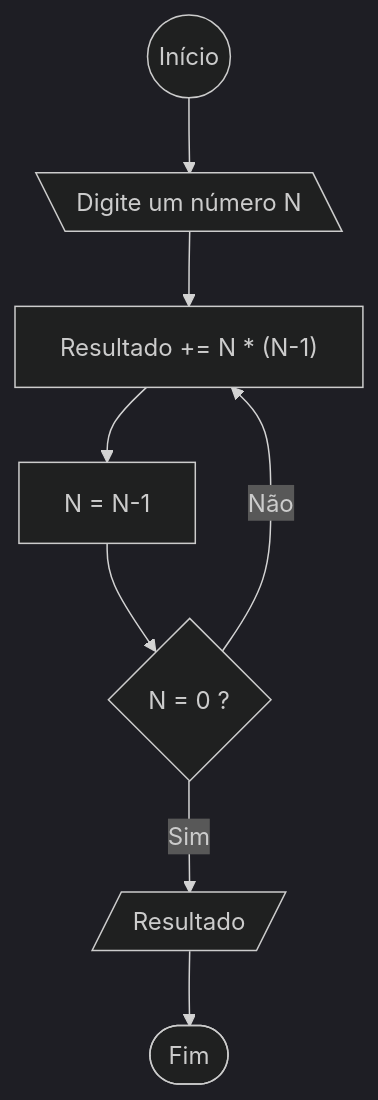
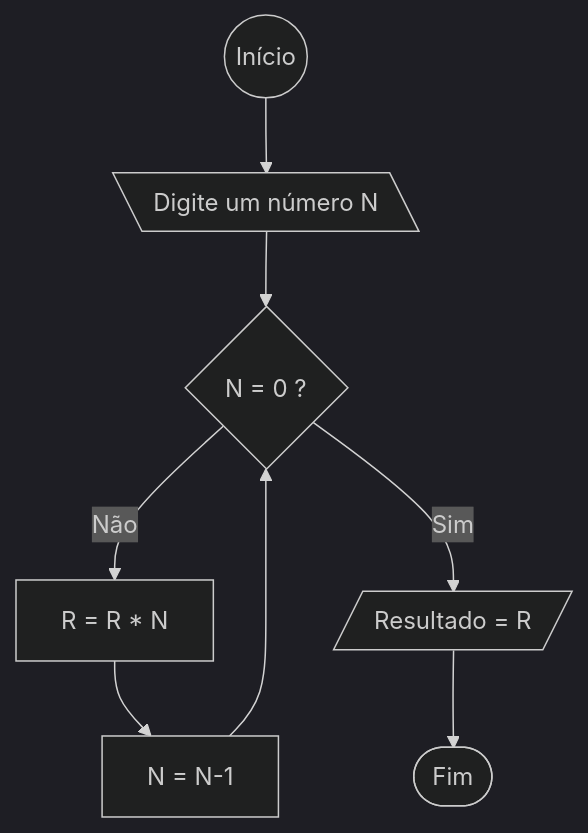
Before and after one commit to Zinbo20/LP: the eighth of 9 diagrams in Listas de Exercícios/LP_Lista_01/README.md, drawn with Mermaid (dark theme).

Commit message:
Correção Exercícios 8 Professor
Correção Exercícios 8 feita pelo professor.

````diff
--- a/Listas de Exercícios/LP_Lista_01/README.md
+++ b/Listas de Exercícios/LP_Lista_01/README.md
@@ -121,12 +121,12 @@
    ```mermaid
    flowchart TD
       start(( Início )) --> input[\ Digite um número N \]
-      input --> process["Resultado += N * (N-1)"]
+      input --> verification{N = 0 ?}
       process --> process2["N = N-1"]
-      process2 --> verification{N = 0 ?}
-      verification --> |Não| process
-      verification --> |Sim| R[/Resultado/]
+      process2 --> verification
+      verification --> |Não| process["R = R * N"]
+      verification --> |Sim| R[/Resultado = R/]
       R --> finish([Fim])
       
    
    ```
````
